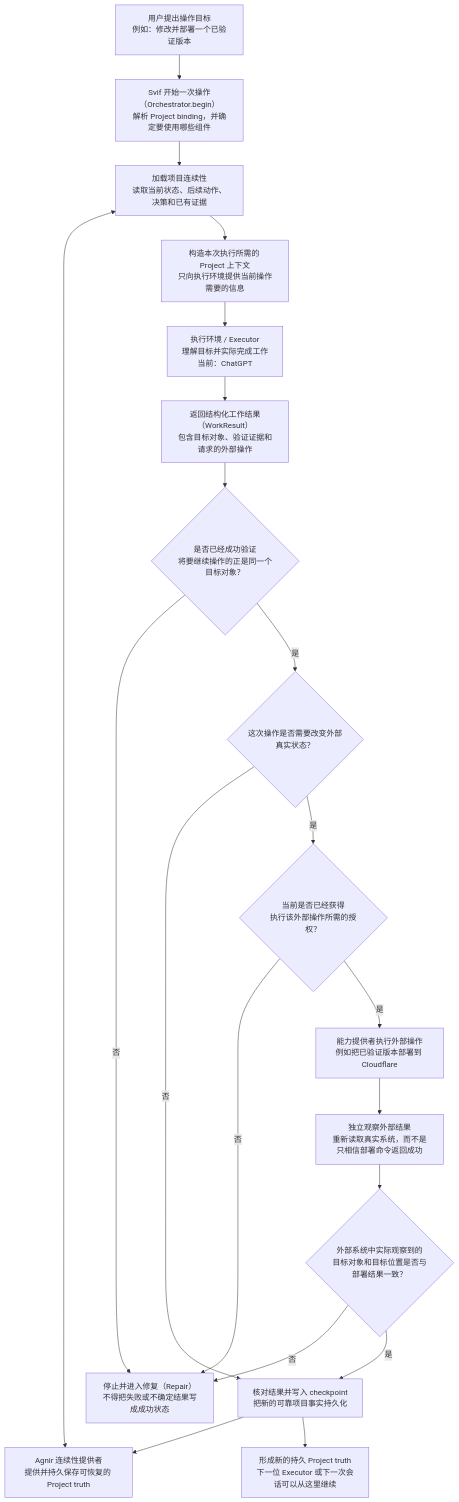
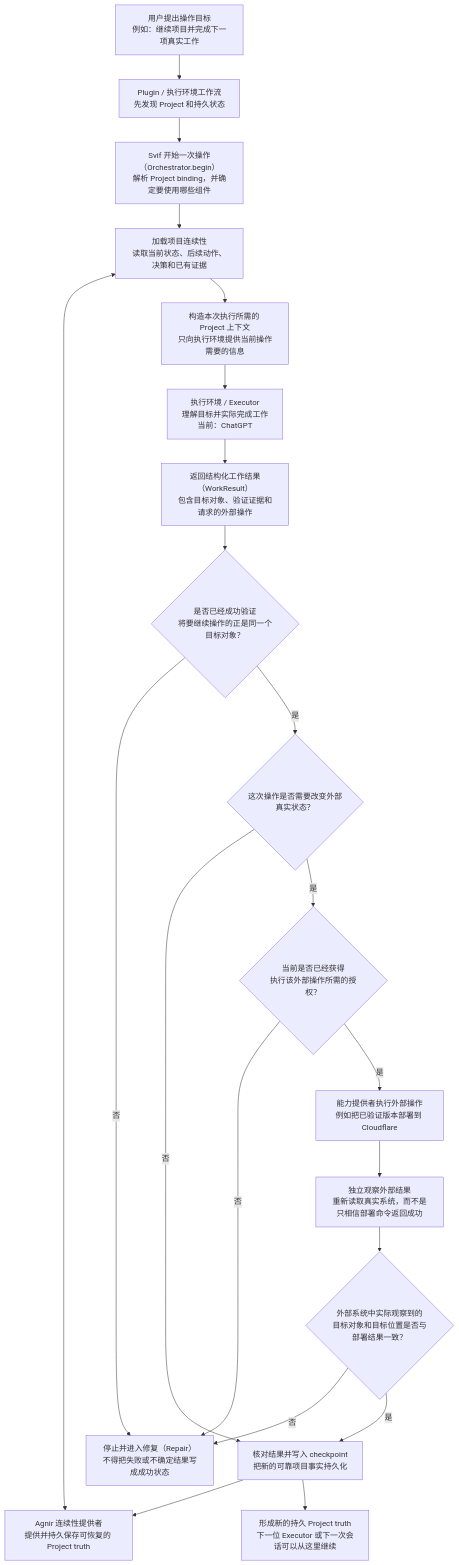
One commit to iorLab/svif changed the second of 2 diagrams in README.zh-CN.md. Above: the diagram before and after it, drawn with Mermaid. The commit also changed other lines of this file, not shown here.

Commit message:
docs(plugin): 同步可安装 Plugin MVP

````diff
--- a/README.zh-CN.md
+++ b/README.zh-CN.md
@@ -43,22 +44,23 @@
 ```mermaid
 flowchart TD
-    I["用户提出操作目标<br/>例如：修改并部署一个已验证版本"] --> B["Svif 开始一次操作（Orchestrator.begin）<br/>解析 Project binding，并确定要使用哪些组件"]
+    I["用户提出操作目标<br/>例如：继续项目并完成下一项真实工作"] --> P["Plugin / 执行环境工作流<br/>先发现 Project 和持久状态"]
+    P --> B["Svif 开始一次操作（Orchestrator.begin）<br/>解析 Project binding，并确定要使用哪些组件"]
     B --> L["加载项目连续性<br/>读取当前状态、后续动作、决策和已有证据"]
     L <--> A["Agnir 连续性提供者<br/>提供并持久保存可恢复的 Project truth"]
     L --> M["构造本次执行所需的 Project 上下文<br/>只向执行环境提供当前操作需要的信息"]
     M --> E["执行环境 / Executor<br/>理解目标并实际完成工作<br/>当前：ChatGPT"]
     E --> W["返回结构化工作结果（WorkResult）<br/>包含目标对象、验证证据和请求的外部操作"]
     W --> V{"是否已经成功验证<br/>将要继续操作的正是同一个目标对象？"}
     V -- "否" --> STOP["停止并进入修复（Repair）<br/>不得把失败或不确定结果写成成功状态"]
     V -- "是" --> Q{"这次操作是否需要改变外部真实状态？"}
     Q -- "否" --> C["核对结果并写入 checkpoint<br/>把新的可靠项目事实持久化"]
     Q -- "是" --> U{"当前是否已经获得<br/>执行该外部操作所需的授权？"}
     U -- "否" --> STOP
     U -- "是" --> D["能力提供者执行外部操作<br/>例如把已验证版本部署到 Cloudflare"]
     D --> O["独立观察外部结果<br/>重新读取真实系统，而不是只相信部署命令返回成功"]
     O --> R{"外部系统中实际观察到的<br/>目标对象和目标位置是否与部署结果一致？"}
     R -- "否" --> STOP
     R -- "是" --> C
     C --> A
     C --> N["形成新的持久 Project truth<br/>下一位 Executor 或下一次会话可以从这里继续"]
 ```
````
